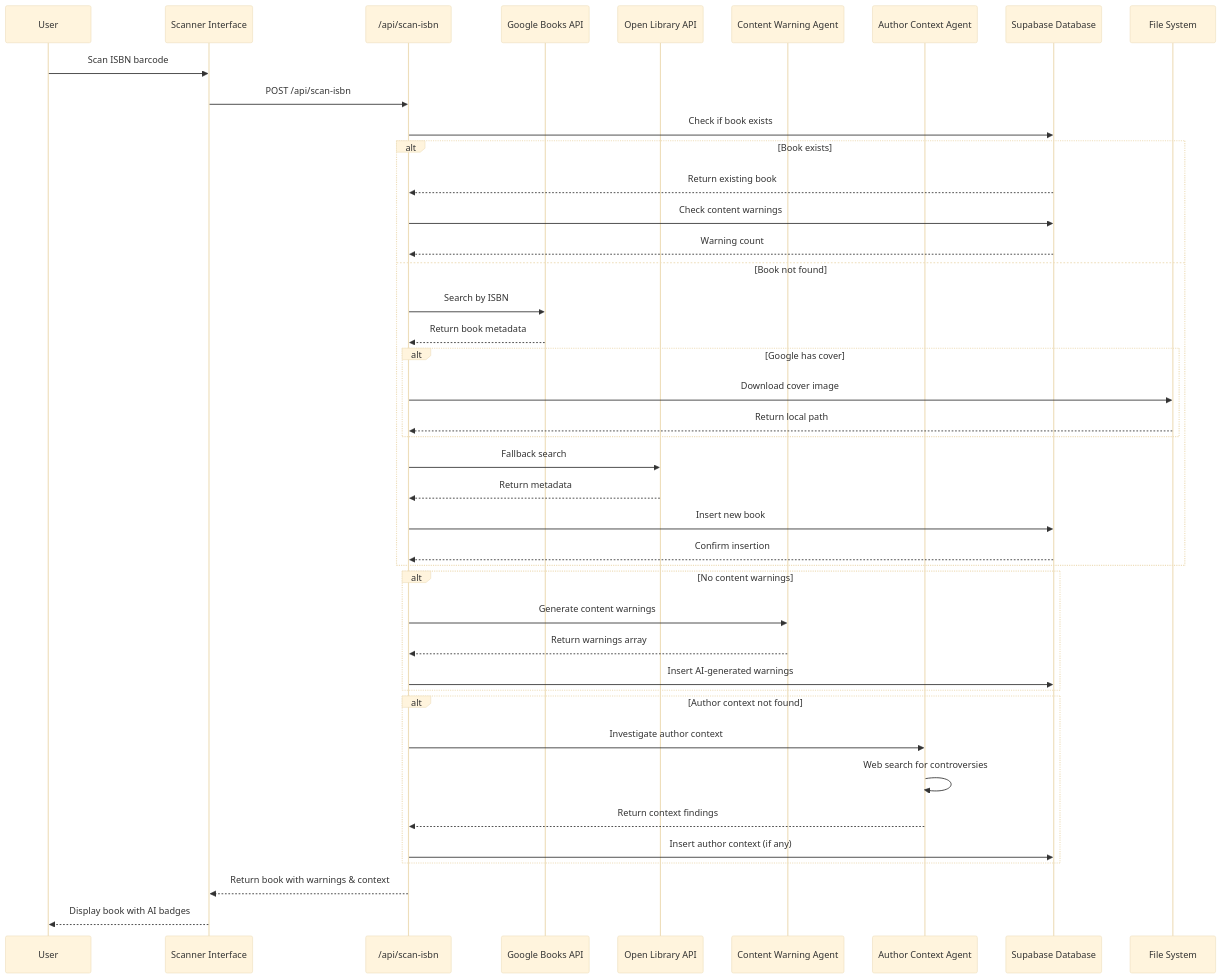
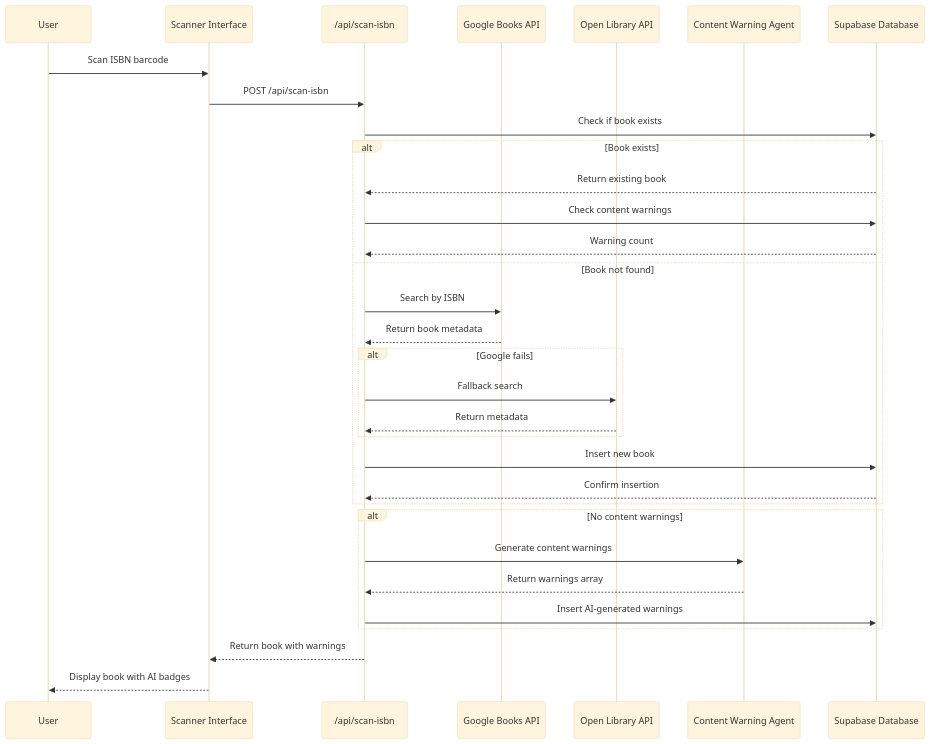
The second of 5 diagrams in CURRENT-ARCHITECTURE.md (JetSetEdit/book-scanner-app), drawn with Mermaid (base theme) before and after one commit. The commit also changed other lines of this file and 3 other files, not shown here.

````diff
--- a/CURRENT-ARCHITECTURE.md
+++ b/CURRENT-ARCHITECTURE.md
@@ -135,52 +82,40 @@
 ```mermaid
 sequenceDiagram
     participant User
     participant Scanner as Scanner Interface
     participant API as /api/scan-isbn
     participant Google as Google Books API
     participant OpenLib as Open Library API
     participant AI as Content Warning Agent
-    participant AuthorAI as Author Context Agent
     participant DB as Supabase Database
-    participant Files as File System
 
     User->>Scanner: Scan ISBN barcode
     Scanner->>API: POST /api/scan-isbn
     API->>DB: Check if book exists
     
     alt Book exists
         DB-->>API: Return existing book
         API->>DB: Check content warnings
         DB-->>API: Warning count
     else Book not found
         API->>Google: Search by ISBN
         Google-->>API: Return book metadata
         
-        alt Google has cover
-            API->>Files: Download cover image
-            Files-->>API: Return local path
+        alt Google fails
+            API->>OpenLib: Fallback search
+            OpenLib-->>API: Return metadata
         end
-        
-        API->>OpenLib: Fallback search
-        OpenLib-->>API: Return metadata
         
         API->>DB: Insert new book
         DB-->>API: Confirm insertion
     end
     
     alt No content warnings
         API->>AI: Generate content warnings
         AI-->>API: Return warnings array
         API->>DB: Insert AI-generated warnings
     end
     
-    alt Author context not found
-        API->>AuthorAI: Investigate author context
-        AuthorAI->>AuthorAI: Web search for controversies
-        AuthorAI-->>API: Return context findings
-        API->>DB: Insert author context (if any)
-    end
-    
-    API-->>Scanner: Return book with warnings & context
+    API-->>Scanner: Return book with warnings
     Scanner-->>User: Display book with AI badges
 ```
````
